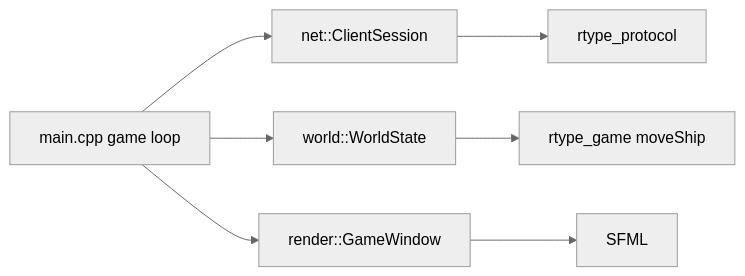
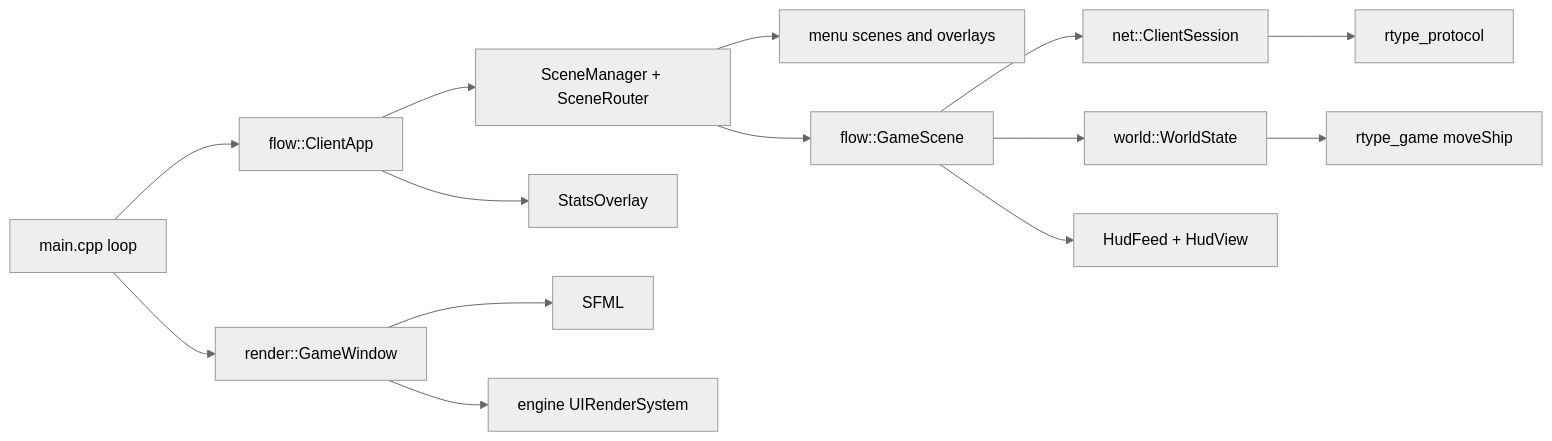
The first of 2 diagrams in docs/architecture/client.md (Chezrush/R-TYPE), drawn with Mermaid (neutral theme) before and after one commit. The commit also changed other lines of this file and 24 other files, not shown here.

Commit message:
feat(client): wire the menus, the ui layer and the hud view (#164)

````diff
--- a/docs/architecture/client.md
+++ b/docs/architecture/client.md
@@ -5,9 +5,16 @@
 ```mermaid
 flowchart LR
-    Main[main.cpp game loop] --> Session[net::ClientSession]
-    Main --> World[world::WorldState]
+    Main[main.cpp loop] --> App[flow::ClientApp]
     Main --> Window[render::GameWindow]
+    App --> Scenes[SceneManager + SceneRouter]
+    Scenes --> Menus[menu scenes and overlays]
+    Scenes --> Game[flow::GameScene]
+    Game --> Session[net::ClientSession]
+    Game --> World[world::WorldState]
+    Game --> Hud[HudFeed + HudView]
+    App --> Stats[StatsOverlay]
     Session --> Protocol[rtype_protocol]
-    World --> Game[rtype_game moveShip]
+    World --> Rules[rtype_game moveShip]
     Window --> SFML
+    Window --> UIRender[engine UIRenderSystem]
 ```
````
